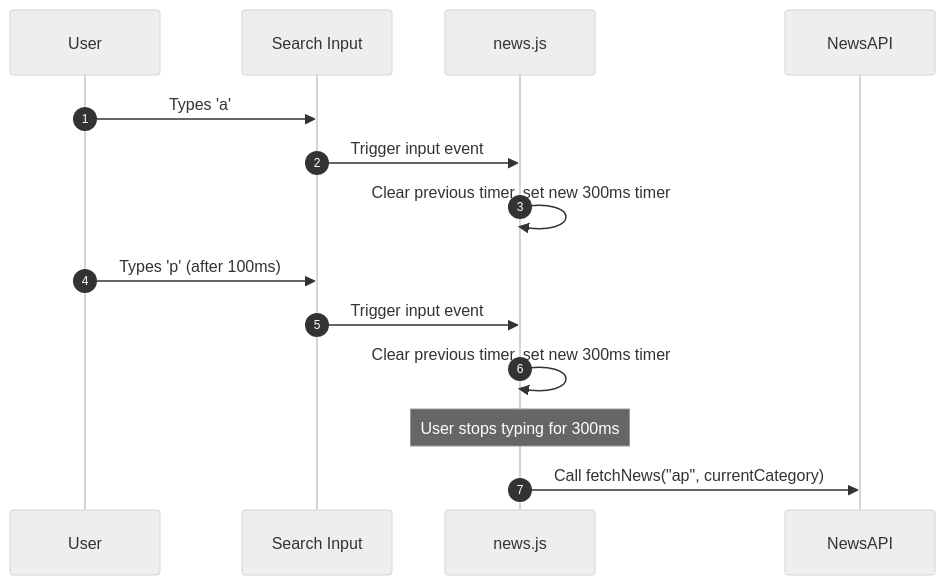
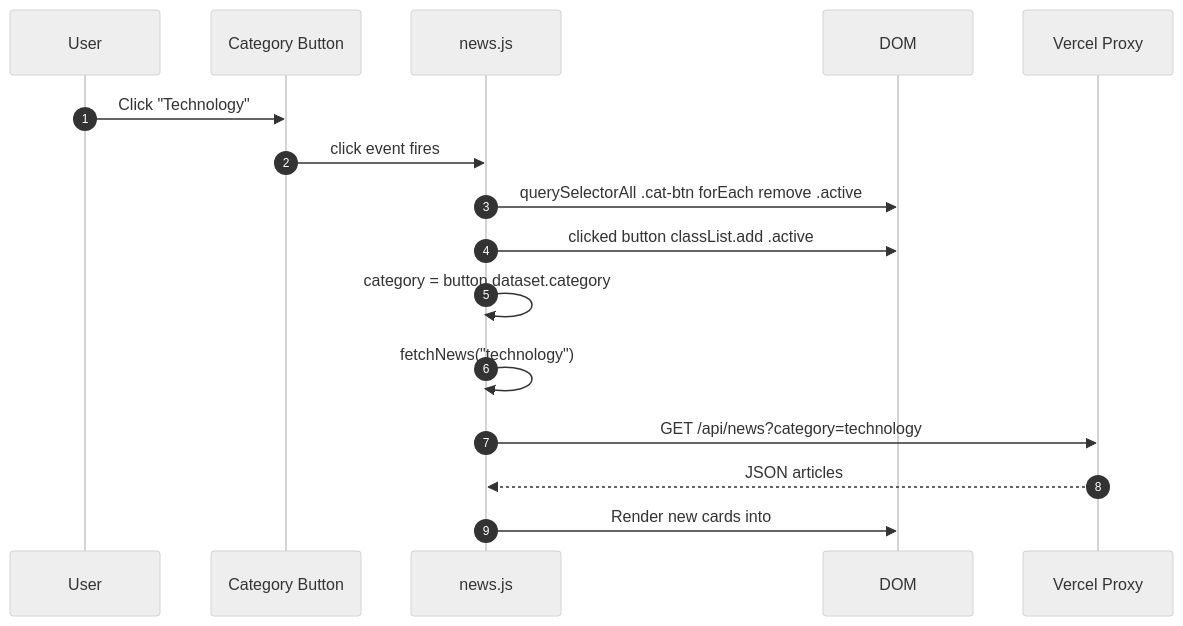
The eighth of 13 diagrams in workflow.md (shahaulalam85/News_ojt), drawn with Mermaid (neutral theme) before and after one commit. The commit also changed other lines of this file, not shown here.

````diff
--- a/workflow.md
+++ b/workflow.md
@@ -128,12 +381,13 @@
 ```mermaid
 sequenceDiagram
     autonumber
-    User->>Search Input: Types 'a'
-    Search Input->>news.js: Trigger input event
-    news.js->>news.js: Clear previous timer, set new 300ms timer
-    User->>Search Input: Types 'p' (after 100ms)
-    Search Input->>news.js: Trigger input event
-    news.js->>news.js: Clear previous timer, set new 300ms timer
-    Note over news.js: User stops typing for 300ms
-    news.js->>NewsAPI: Call fetchNews("ap", currentCategory)
+    User->>Category Button: Click "Technology"
+    Category Button->>news.js: click event fires
+    news.js->>DOM: querySelectorAll .cat-btn forEach remove .active
+    news.js->>DOM: clicked button classList.add .active
+    news.js->>news.js: category = button.dataset.category
+    news.js->>news.js: fetchNews("technology")
+    news.js->>Vercel Proxy: GET /api/news?category=technology
+    Vercel Proxy-->>news.js: JSON articles
+    news.js->>DOM: Render new cards into #news-grid
 ```
````
